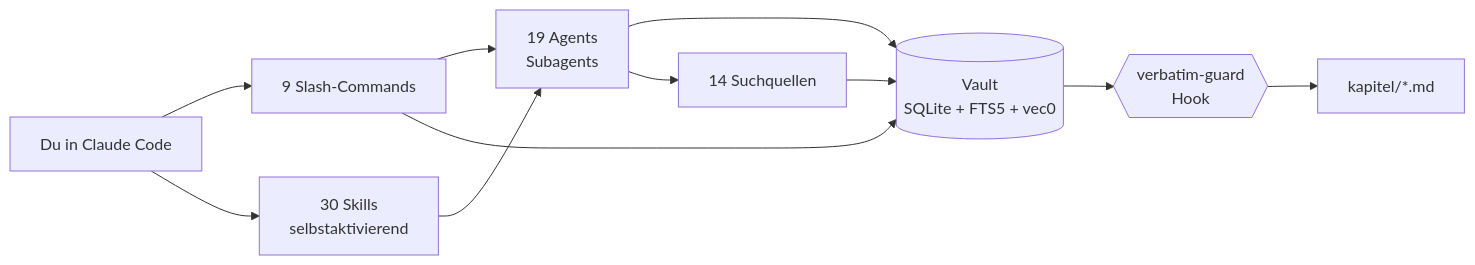
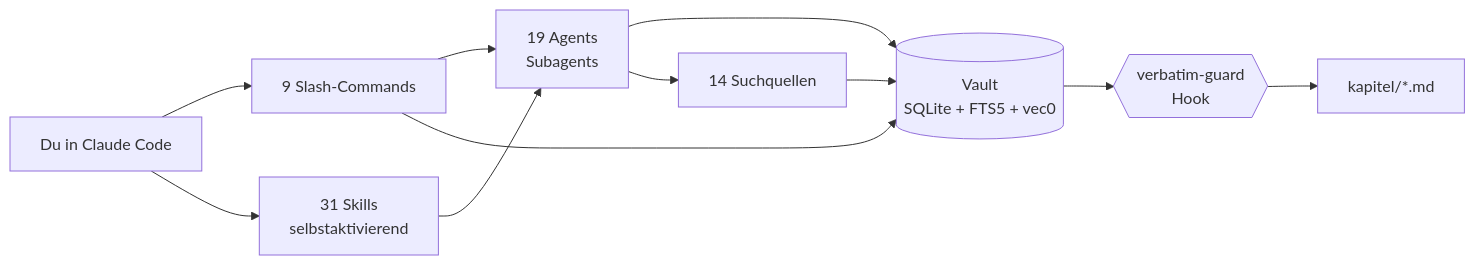
The diagram in README.md (ahlerjam/academic-research), drawn with Mermaid before and after one commit. The commit also changed other lines of this file and 12 other files, not shown here.

````diff
--- a/README.md
+++ b/README.md
@@ -76,13 +76,13 @@
 ```mermaid
 graph LR
     U[Du in Claude Code] --> C[9 Slash-Commands]
-    U --> S[30 Skills<br/>selbstaktivierend]
+    U --> S[31 Skills<br/>selbstaktivierend]
     C --> A[19 Agents<br/>Subagents]
     S --> A
     A --> V[(Vault<br/>SQLite + FTS5 + vec0)]
     C --> V
     A --> Q[14 Suchquellen]
     Q --> V
     V --> H{{verbatim-guard<br/>Hook}}
     H --> K[kapitel/*.md]
 ```
````
